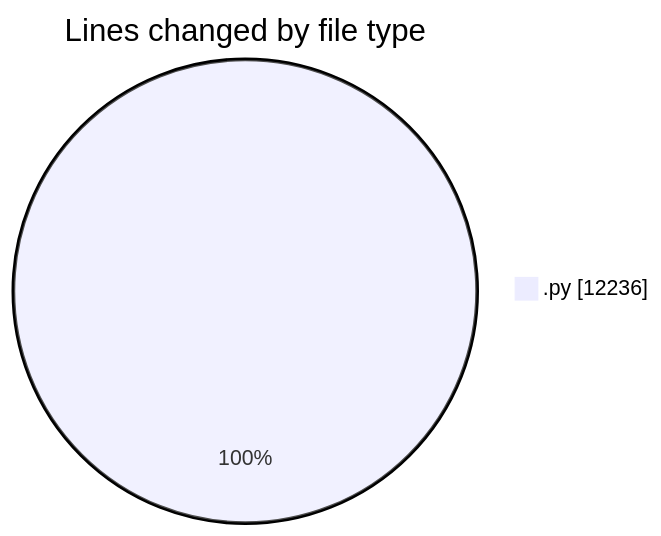
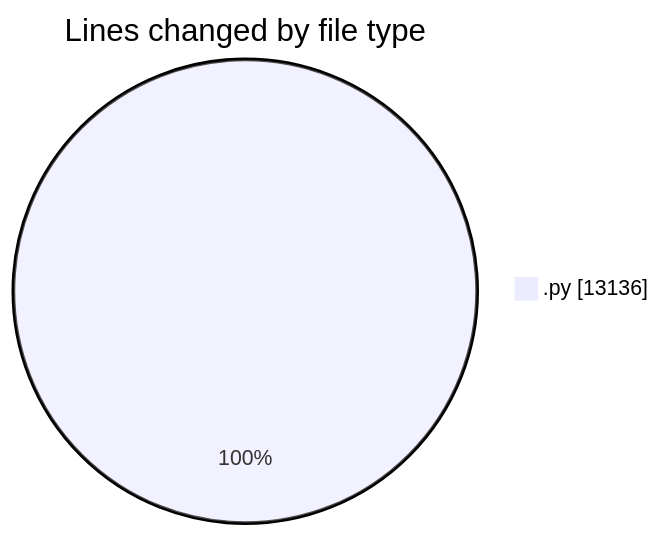
The first of 2 diagrams in 2025-07-14/telebot/README.md (jrari/code-tracking), drawn with Mermaid before and after one commit. The commit also changed other lines of this file and 1 other file, not shown here.

````diff
--- a/2025-07-14/telebot/README.md
+++ b/2025-07-14/telebot/README.md
@@ -36,5 +37,5 @@
 ```mermaid
 pie showData
 title Lines changed by file type
-".py" : 12236
+".py" : 13136
 ```
````
